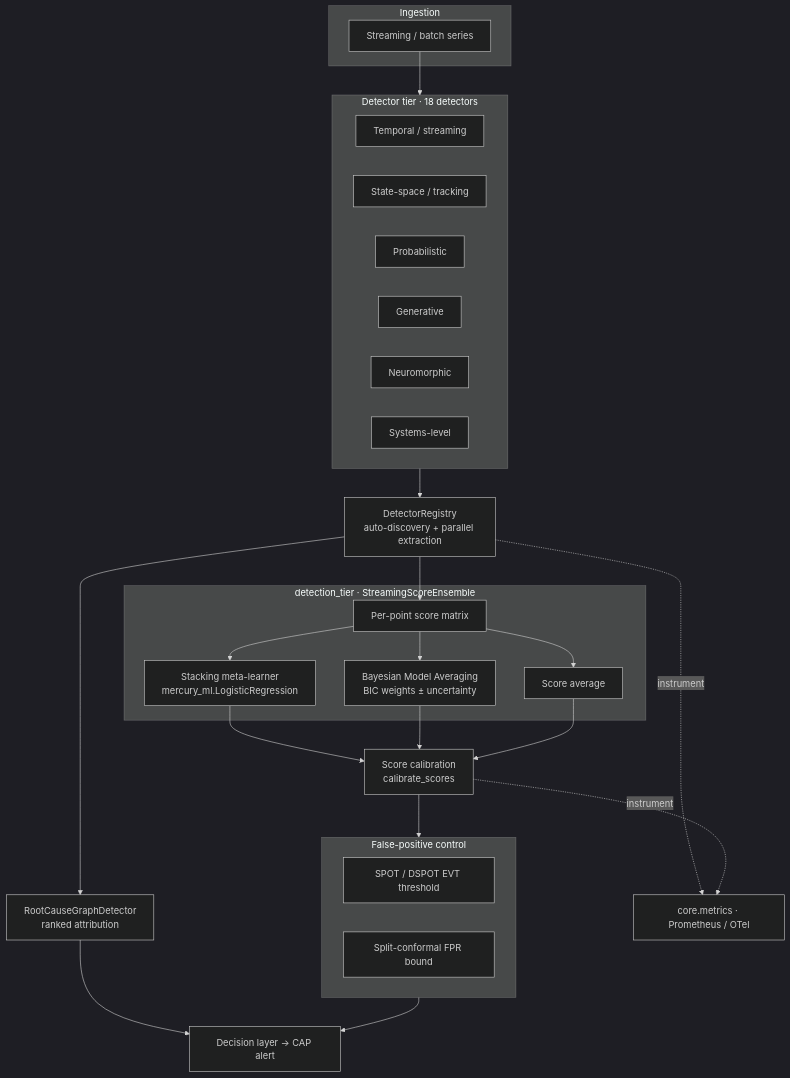
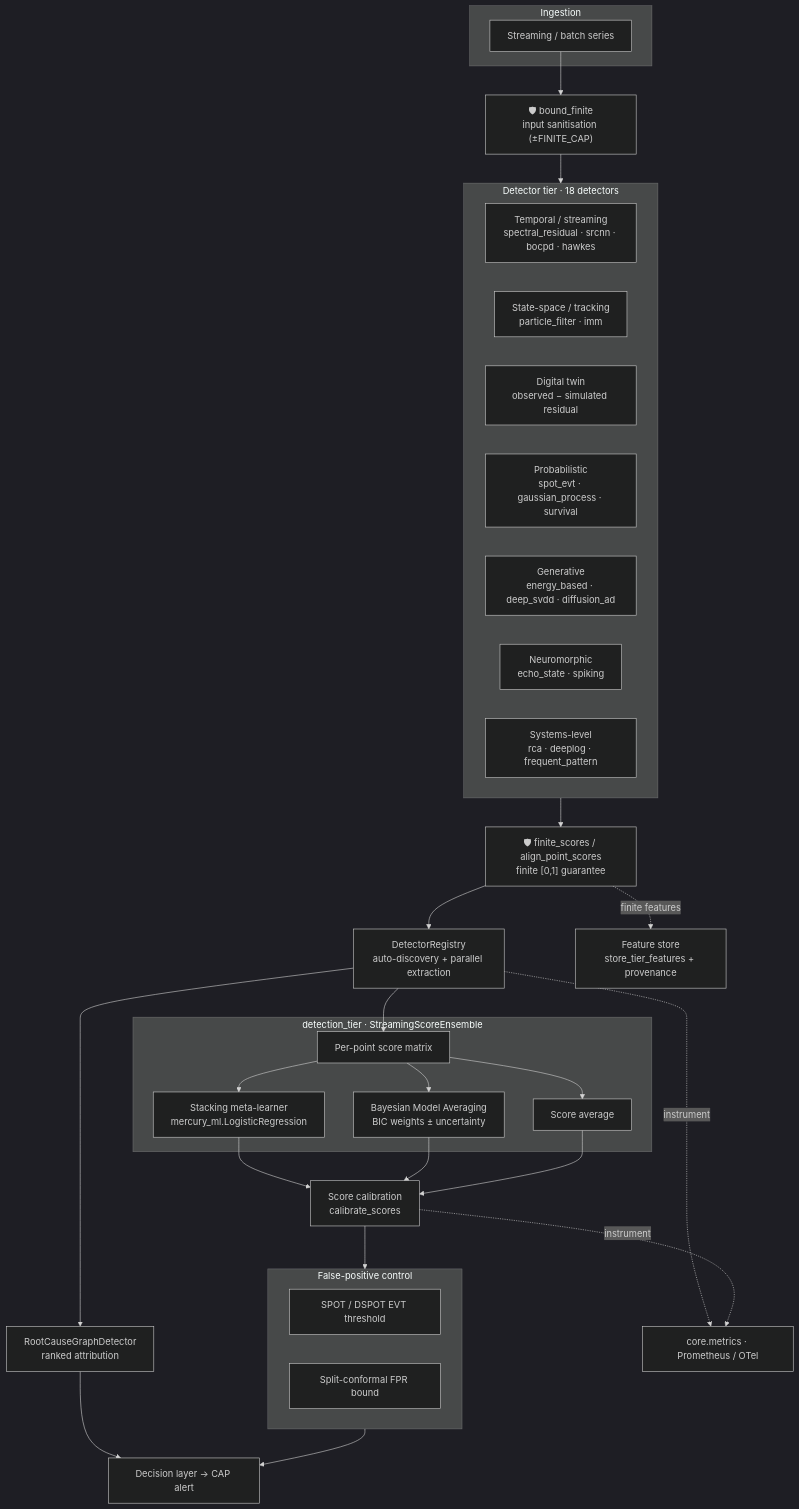
The diagram in docs/DETECTION_MECHANISMS.md (Steel-SecAdv-LLC/Mercury-Agent), drawn with Mermaid (dark theme) before and after one commit. The commit also changed other lines of this file and 52 other files, not shown here.

First line of the commit message:
Detector-tier hardening: fix 35 confirmed non-finite / crash / correctness defects (#327)

````diff
--- a/docs/DETECTION_MECHANISMS.md
+++ b/docs/DETECTION_MECHANISMS.md
@@ -126,36 +127,41 @@
 ```mermaid
 flowchart TD
     subgraph ingest[Ingestion]
         S[Streaming / batch series]
     end
+    BF["🛡 bound_finite<br/>input sanitisation (±FINITE_CAP)"]
     subgraph tier[Detector tier · 18 detectors]
-        D1[Temporal / streaming]
-        D2[State-space / tracking]
-        D3[Probabilistic]
-        D4[Generative]
-        D5[Neuromorphic]
-        D6[Systems-level]
+        D1["Temporal / streaming<br/>spectral_residual · srcnn · bocpd · hawkes"]
+        D2["State-space / tracking<br/>particle_filter · imm"]
+        DT["Digital twin<br/>observed − simulated residual"]
+        D3["Probabilistic<br/>spot_evt · gaussian_process · survival"]
+        D4["Generative<br/>energy_based · deep_svdd · diffusion_ad"]
+        D5["Neuromorphic<br/>echo_state · spiking"]
+        D6["Systems-level<br/>rca · deeplog · frequent_pattern"]
     end
+    FG["🛡 finite_scores / align_point_scores<br/>finite [0,1] guarantee"]
     R[DetectorRegistry<br/>auto-discovery + parallel extraction]
     subgraph fuse[detection_tier · StreamingScoreEnsemble]
         MB[Per-point score matrix]
         ST[Stacking meta-learner<br/>mercury_ml.LogisticRegression]
         BMA[Bayesian Model Averaging<br/>BIC weights ± uncertainty]
         AVG[Score average]
     end
     CAL[Score calibration<br/>calibrate_scores]
     subgraph fpc[False-positive control]
         EVT[SPOT / DSPOT EVT threshold]
         CP[Split-conformal FPR bound]
     end
     RCA[RootCauseGraphDetector<br/>ranked attribution]
     ALERT[Decision layer → CAP alert]
     OBS[core.metrics · Prometheus / OTel]
+    FEAT[Feature store<br/>store_tier_features + provenance]
 
-    S --> tier --> R --> MB
+    S --> BF --> tier --> FG --> R --> MB
     MB --> ST & BMA & AVG --> CAL --> fpc
     fpc --> ALERT
     R --> RCA --> ALERT
+    FG -.finite features.-> FEAT
     R -.instrument.-> OBS
     CAL -.instrument.-> OBS
 ```
````
